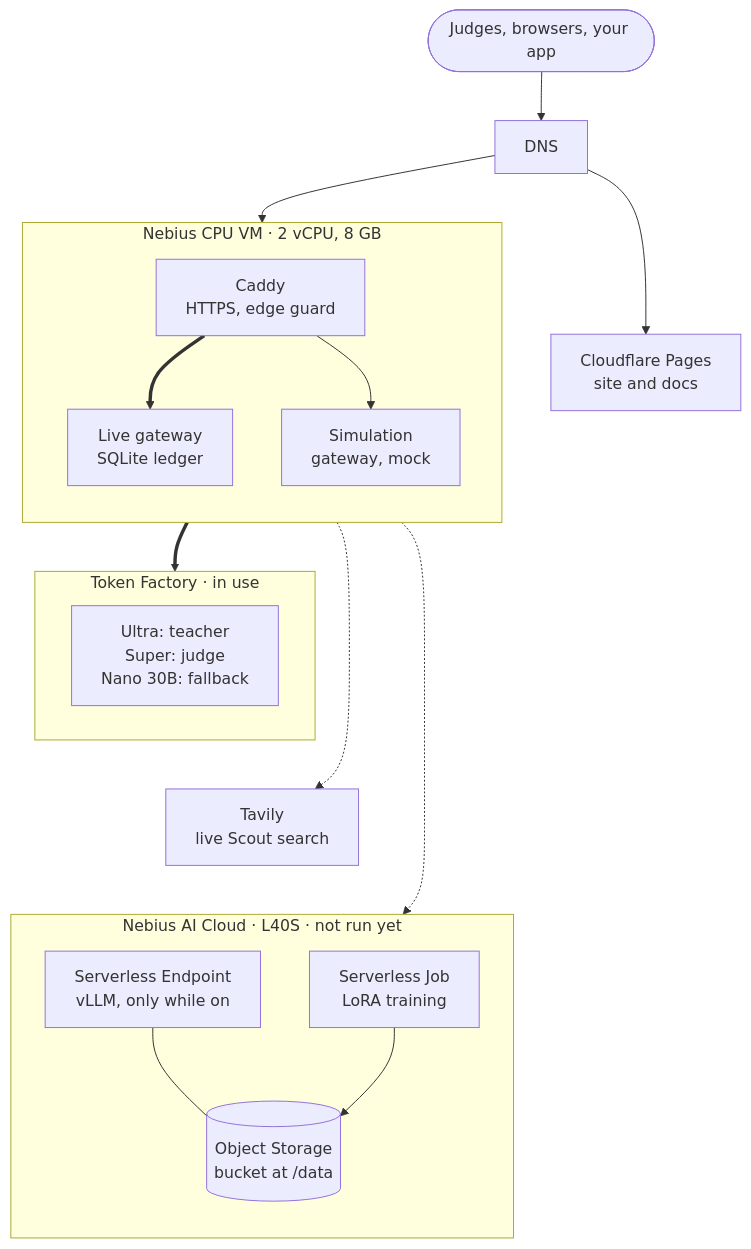
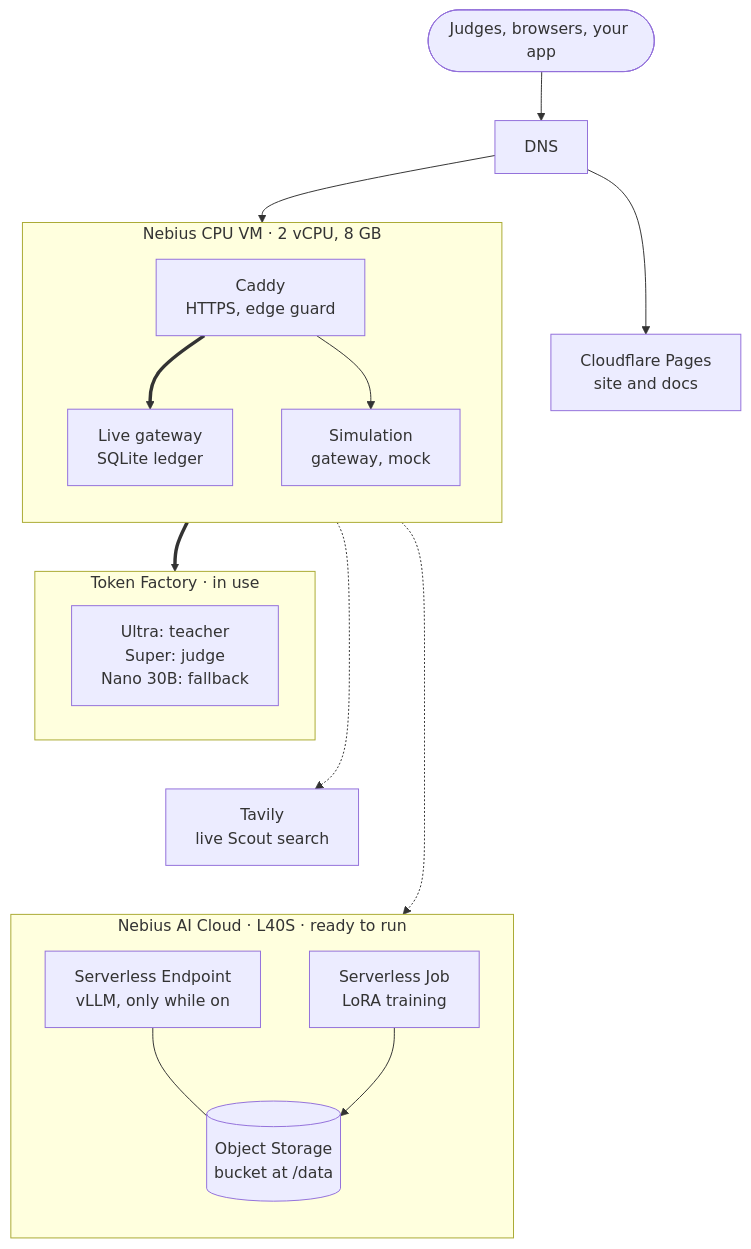
Before and after one commit to harshbhx/ratchet: the first of 2 diagrams in docs-site/src/content/docs/guides/host-on-nebius.mdx, drawn with Mermaid. The commit also changed other lines of this file and 112 other files, not shown here.

````diff
--- a/docs-site/src/content/docs/guides/host-on-nebius.mdx
+++ b/docs-site/src/content/docs/guides/host-on-nebius.mdx
@@ -62,32 +62,32 @@
 ```mermaid
 flowchart TB
   user(["Judges, browsers, your app"]) --> dns["DNS"]
   dns --> pages["Cloudflare Pages<br/>site and docs"]
   dns --> vm
   subgraph vm["Nebius CPU VM · 2 vCPU, 8 GB"]
     direction TB
     caddy["Caddy<br/>HTTPS, edge guard"] ==> live["Live gateway<br/>SQLite ledger"]
     caddy --> sim["Simulation<br/>gateway, mock"]
   end
   subgraph tf["Token Factory · in use"]
     teacher["Ultra: teacher<br/>Super: judge<br/>Nano 30B: fallback"]
   end
   tavily["Tavily<br/>live Scout search"]
-  subgraph gpu["Nebius AI Cloud · L40S · not run yet"]
+  subgraph gpu["Nebius AI Cloud · L40S · ready to run"]
     direction TB
     ep["Serverless Endpoint<br/>vLLM, only while on"] --- bucket[("Object Storage<br/>bucket at /data")]
     job["Serverless Job<br/>LoRA training"] --> bucket
   end
   vm ==> tf
   tf ~~~ tavily
   tavily ~~~ gpu
   vm -.-> tavily
   vm -.-> gpu
 
   class user,dns,caddy,live,sim neutral
   class pages,teacher ok
   class tavily outline
   class ep,job,bucket pending
   class gpu pendingZone
   class tf okZone
 ```
````
